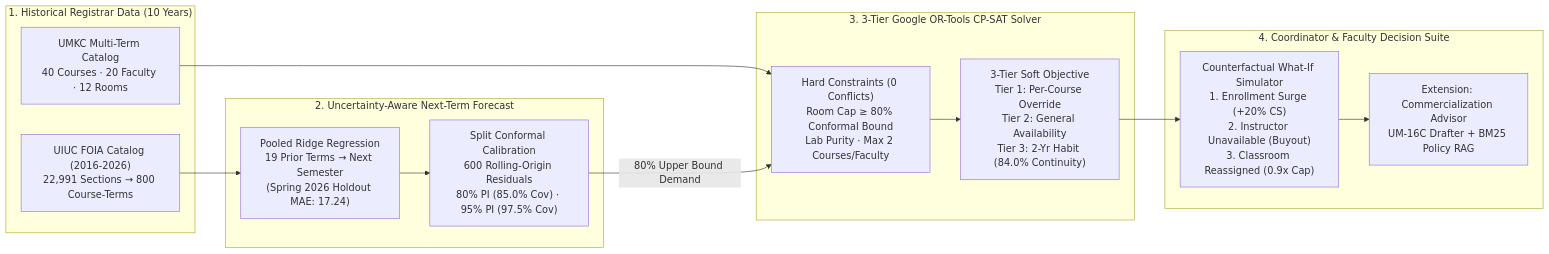
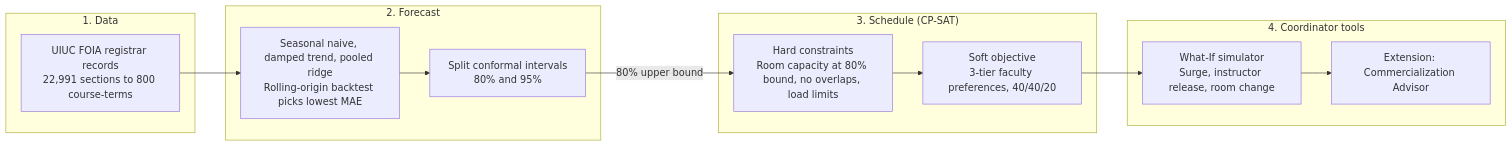
Before and after one commit to JoeDoan/CS5551_Advanced-Software-Engineering-: the diagram in README.md, drawn with Mermaid. The commit also changed other lines of this file and 16 other files, not shown here.

Commit message:
Compute unseated-student totals instead of hard-coding them; rebuild poster with neutral copy, cropped screenshots and a proportional chart

````diff
--- a/README.md
+++ b/README.md
@@ -60,30 +47,26 @@
 ```mermaid
 flowchart LR
-    subgraph Data["1. Historical Registrar Data (10 Years)"]
-        FOIA["UIUC FOIA Catalog (2016-2026)<br/>22,991 Sections → 800 Course-Terms"]
-        UMKC["UMKC Multi-Term Catalog<br/>40 Courses · 20 Faculty · 12 Rooms"]
+    subgraph Data["1. Data"]
+        FOIA["UIUC FOIA registrar records<br/>22,991 sections to 800 course-terms"]
     end
 
-    subgraph Forecast["2. Uncertainty-Aware Next-Term Forecast"]
-        RIDGE["Pooled Ridge Regression<br/>19 Prior Terms → Next Semester<br/>(Spring 2026 Holdout MAE: 17.24)"]
-        CONF["Split Conformal Calibration<br/>600 Rolling-Origin Residuals<br/>80% PI (85.0% Cov) · 95% PI (97.5% Cov)"]
+    subgraph Forecast["2. Forecast"]
+        MODELS["Seasonal naive, damped trend, pooled ridge<br/>Rolling-origin backtest picks lowest MAE"]
+        CONF["Split conformal intervals<br/>80% and 95%"]
     end
 
-    subgraph Solver["3. 3-Tier Google OR-Tools CP-SAT Solver"]
-        HARD["Hard Constraints (0 Conflicts)<br/>Room Cap ≥ 80% Conformal Bound<br/>Lab Purity · Max 2 Courses/Faculty"]
-        SOFT["3-Tier Soft Objective<br/>Tier 1: Per-Course Override<br/>Tier 2: General Availability<br/>Tier 3: 2-Yr Habit (84.0% Continuity)"]
+    subgraph Solver["3. Schedule (CP-SAT)"]
+        HARD["Hard constraints<br/>Room capacity at 80% bound, no overlaps, load limits"]
+        SOFT["Soft objective<br/>3-tier faculty preferences, 40/40/20"]
     end
 
-    subgraph App["4. Coordinator & Faculty Decision Suite"]
-        WHATIF["Counterfactual What-If Simulator<br/>1. Enrollment Surge (+20% CS)<br/>2. Instructor Unavailable (Buyout)<br/>3. Classroom Reassigned (0.9x Cap)"]
-        COMM["Extension: Commercialization Advisor<br/>UM-16C Drafter + BM25 Policy RAG"]
+    subgraph App["4. Coordinator tools"]
+        WHATIF["What-If simulator<br/>Surge, instructor release, room change"]
+        COMM["Extension: Commercialization Advisor"]
     end
 
-    FOIA --> RIDGE
-    UMKC --> HARD
-    RIDGE --> CONF
-    CONF -->|"80% Upper Bound Demand"| HARD
-    HARD --> SOFT
-    SOFT --> WHATIF
+    FOIA --> MODELS --> CONF
+    CONF -->|"80% upper bound"| HARD
+    HARD --> SOFT --> WHATIF
     WHATIF --> COMM
 ```
````
